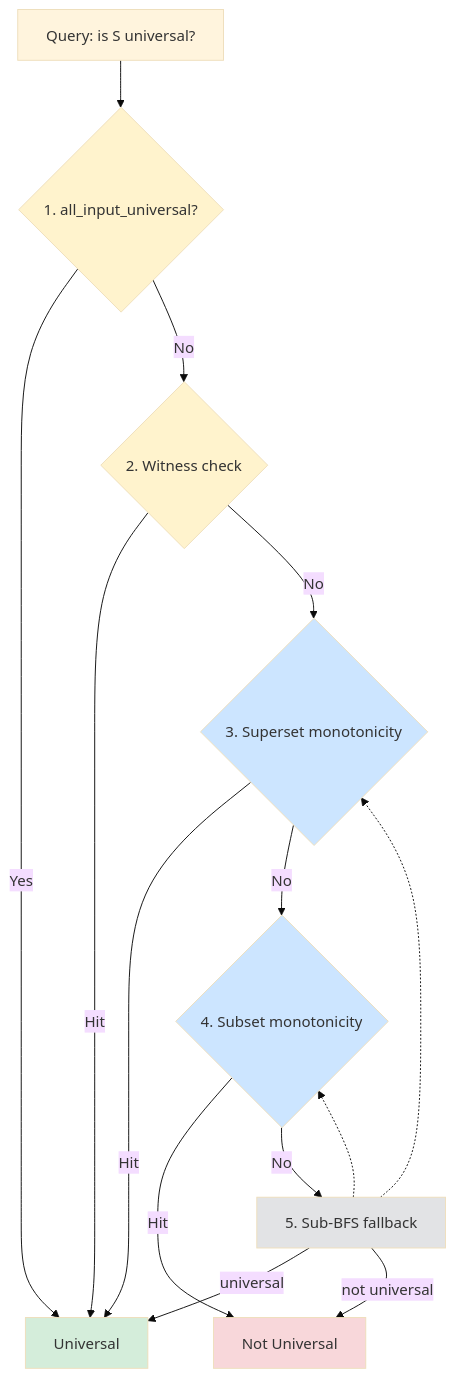
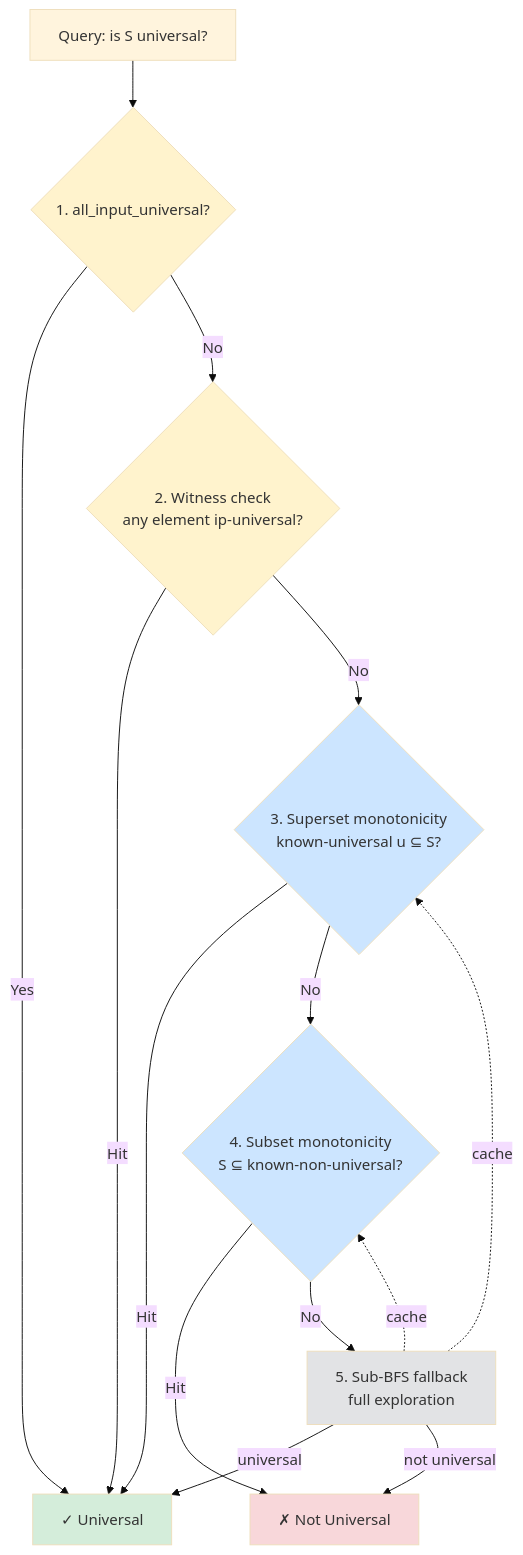
The diagram in reports/eps-chain-collapsing-report.md (timvieira/transduction), drawn with Mermaid (base theme) before and after one commit.

Commit message:
Restore richer Mermaid labels in UniversalityFilter diagram

````diff
--- a/reports/eps-chain-collapsing-report.md
+++ b/reports/eps-chain-collapsing-report.md
@@ -94,25 +94,25 @@
 ```mermaid
 graph TD
     Q["Query: is S universal?"]
     Q --> A{"1. all_input_universal?"}
-    A -- Yes --> U["Universal"]
-    A -- No --> B{"2. Witness check"}
-    B -- Hit --> U
-    B -- No --> C{"3. Superset monotonicity"}
-    C -- Hit --> U
-    C -- No --> D{"4. Subset monotonicity"}
-    D -- Hit --> NU["Not Universal"]
-    D -- No --> E["5. Sub-BFS fallback"]
-    E -- universal --> U
-    E -- not universal --> NU
-    E -.-> C
-    E -.-> D
+    A -->|Yes| U["✓ Universal"]
+    A -->|No| B{"2. Witness check<br/>any element ip-universal?"}
+    B -->|Hit| U
+    B -->|No| C{"3. Superset monotonicity<br/>known-universal u ⊆ S?"}
+    C -->|Hit| U
+    C -->|No| D{"4. Subset monotonicity<br/>S ⊆ known-non-universal?"}
+    D -->|Hit| NU["✗ Not Universal"]
+    D -->|No| E["5. Sub-BFS fallback<br/>full exploration"]
+    E -->|universal| U
+    E -->|not universal| NU
+    E -.->|cache| C
+    E -.->|cache| D
 
     style U fill:#d4edda
     style NU fill:#f8d7da
     style A fill:#fff3cd
     style B fill:#fff3cd
     style C fill:#cce5ff
     style D fill:#cce5ff
     style E fill:#e2e3e5
 ```
````
